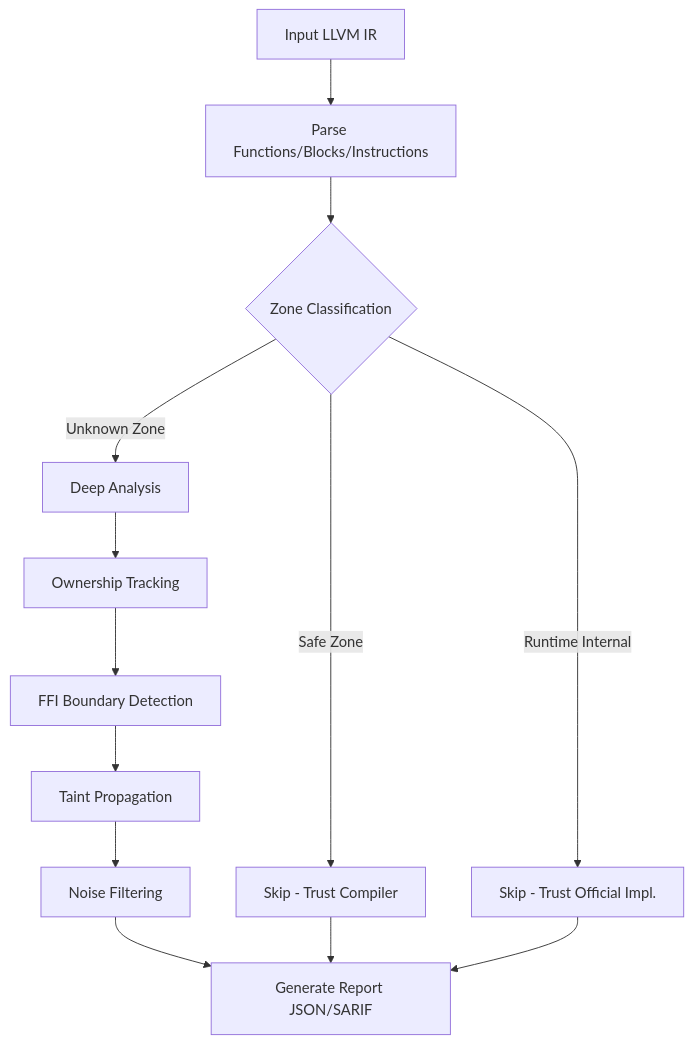
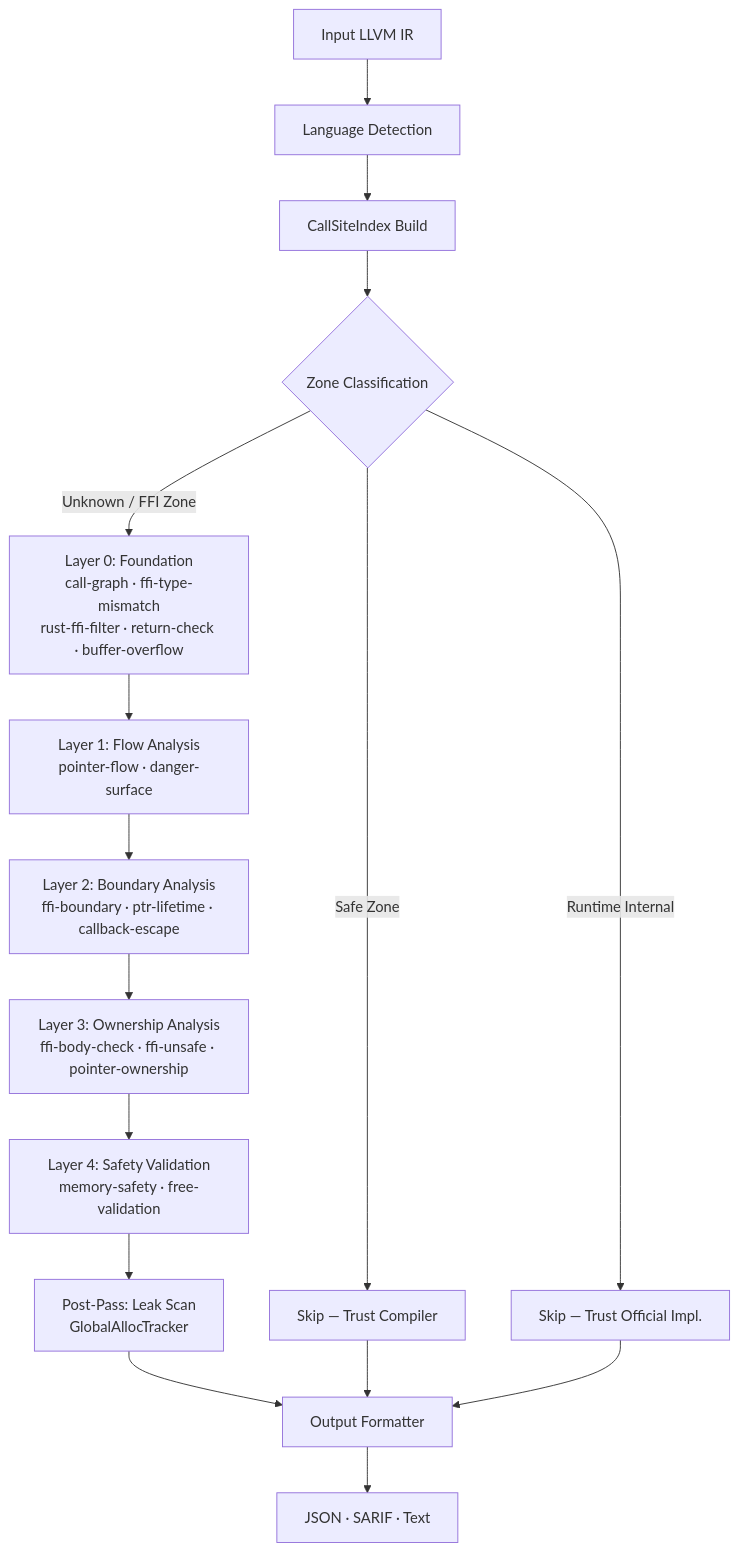
One commit to Timwood0x10/OmniScope changed the third of 3 diagrams in README.md. Above: the diagram before and after it, drawn with Mermaid. The commit also changed other lines of this file and 30 other files, not shown here.

````diff
--- a/README.md
+++ b/README.md
@@ -144,18 +145,21 @@
 ```mermaid
 flowchart TD
-    Start[Input LLVM IR] --> Parse[Parse Functions/Blocks/Instructions]
-    Parse --> Zone{Zone Classification}
+    Start[Input LLVM IR] --> LangDetect[Language Detection]
+    LangDetect --> CSI[CallSiteIndex Build]
+    CSI --> Zone{Zone Classification}
     
-    Zone -->|Safe Zone| Skip1[Skip - Trust Compiler]
-    Zone -->|Runtime Internal| Skip2[Skip - Trust Official Impl.]
-    Zone -->|Unknown Zone| Analyze[Deep Analysis]
+    Zone -->|Safe Zone| Skip1[Skip — Trust Compiler]
+    Zone -->|Runtime Internal| Skip2[Skip — Trust Official Impl.]
+    Zone -->|Unknown / FFI Zone| L0[Layer 0: Foundation<br/>call-graph · ffi-type-mismatch<br/>rust-ffi-filter · return-check · buffer-overflow]
     
-    Analyze --> Own[Ownership Tracking]
-    Own --> FFI[FFI Boundary Detection]
-    FFI --> Taint[Taint Propagation]
-    Taint --> Filter[Noise Filtering]
-    Filter --> Report[Generate Report JSON/SARIF]
+    L0 --> L1[Layer 1: Flow Analysis<br/>pointer-flow · danger-surface]
+    L1 --> L2[Layer 2: Boundary Analysis<br/>ffi-boundary · ptr-lifetime · callback-escape]
+    L2 --> L3[Layer 3: Ownership Analysis<br/>ffi-body-check · ffi-unsafe · pointer-ownership]
+    L3 --> L4[Layer 4: Safety Validation<br/>memory-safety · free-validation]
+    L4 --> Post[Post-Pass: Leak Scan<br/>GlobalAllocTracker]
+    Post --> Formatter[Output Formatter]
     
-    Skip1 --> Report
-    Skip2 --> Report
+    Skip1 --> Formatter
+    Skip2 --> Formatter
+    Formatter --> Output[JSON · SARIF · Text]
 ```
````
